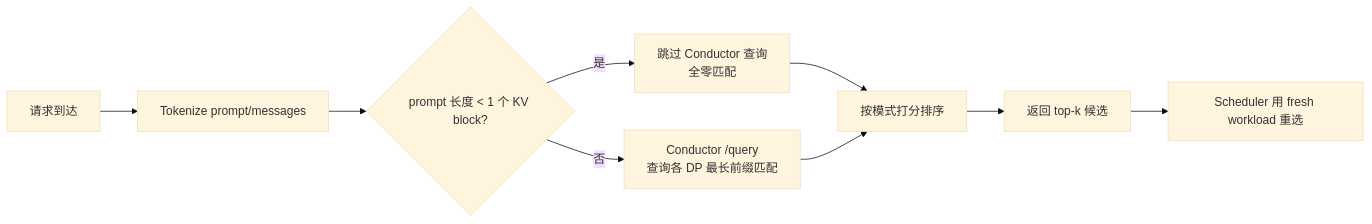
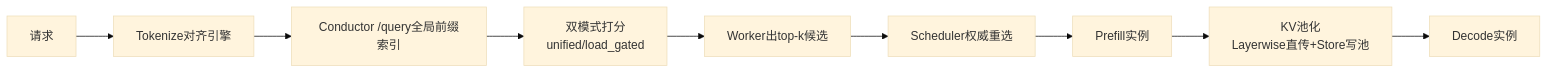
The first of 3 diagrams in docs/topics/kv-cache-affinity.md (Lyr-GW/interview-docs), drawn with Mermaid (base theme) before and after one commit. The commit also changed other lines of this file and 19 other files, not shown here.

````diff
--- a/docs/topics/kv-cache-affinity.md
+++ b/docs/topics/kv-cache-affinity.md
@@ -176,11 +19,11 @@
 ```mermaid
 flowchart LR
-    A[请求到达] --> B[Tokenize prompt/messages]
-    B --> C{prompt 长度 < 1 个 KV block?}
-    C -->|是| D[跳过 Conductor 查询<br/>全零匹配]
-    C -->|否| E[Conductor /query<br/>查询各 DP 最长前缀匹配]
-    D --> F[按模式打分排序]
-    E --> F
-    F --> G[返回 top-k 候选]
-    G --> H[Scheduler 用 fresh workload 重选]
+    REQ[请求] --> TOK[Tokenize对齐引擎]
+    TOK --> Q[Conductor /query全局前缀索引]
+    Q --> SCORE[双模式打分<br/>unified/load_gated]
+    SCORE --> TOPK[Worker出top-k候选]
+    TOPK --> ARB[Scheduler权威重选]
+    ARB --> P[Prefill实例]
+    P --> POOL[KV池化<br/>Layerwise直传+Store写池]
+    POOL --> D[Decode实例]
 ```
````
